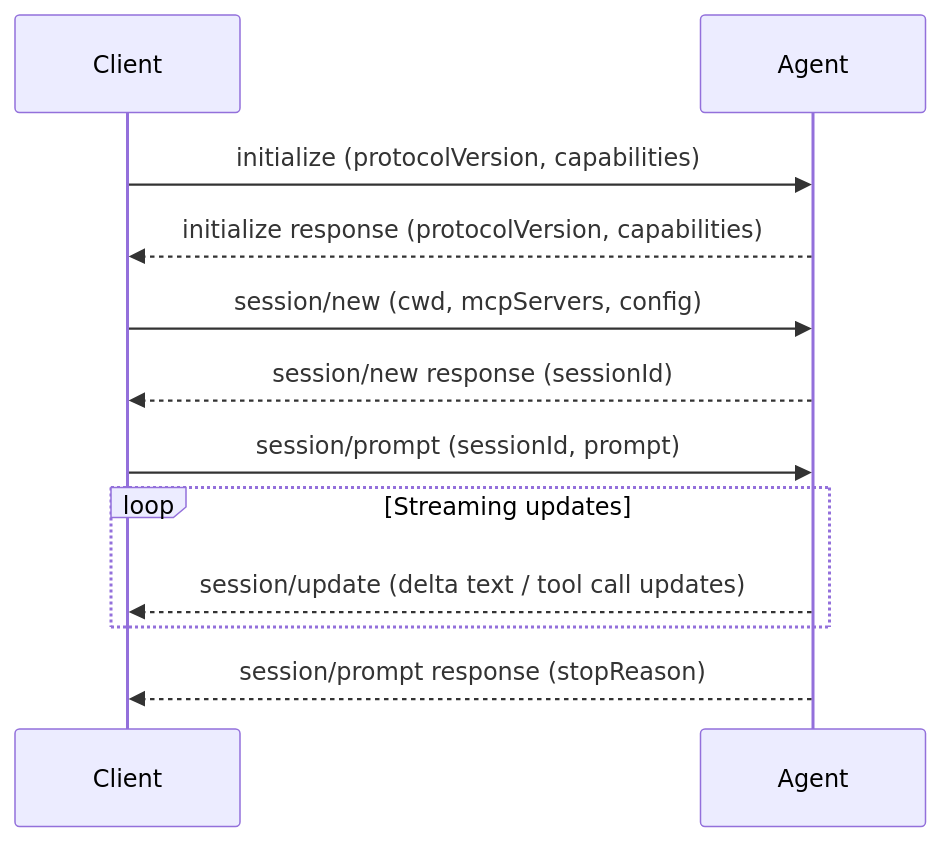
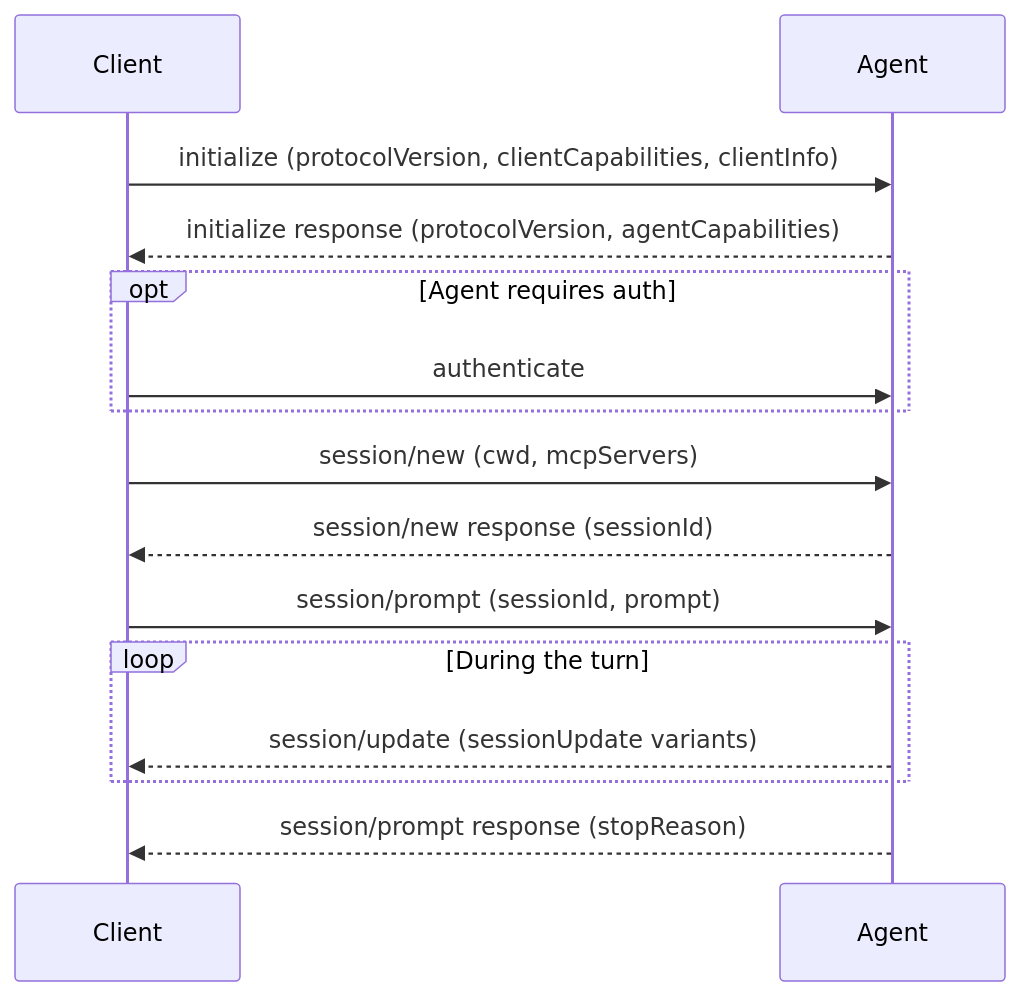
Before and after one commit to MAHDTech/agent-skills: the diagram in dashboard/content/skills/engineering/acp/_index.md, drawn with Mermaid. The commit also changed other lines of this file and 1981 other files, not shown here.

````diff
--- a/dashboard/content/skills/engineering/acp/_index.md
+++ b/dashboard/content/skills/engineering/acp/_index.md
@@ -31,15 +27,18 @@
 ```mermaid
 sequenceDiagram
     participant Client
     participant Agent
 
-    Client->>Agent: initialize (protocolVersion, capabilities)
-    Agent-->>Client: initialize response (protocolVersion, capabilities)
-    Client->>Agent: session/new (cwd, mcpServers, config)
+    Client->>Agent: initialize (protocolVersion, clientCapabilities, clientInfo)
+    Agent-->>Client: initialize response (protocolVersion, agentCapabilities)
+    opt Agent requires auth
+        Client->>Agent: authenticate
+    end
+    Client->>Agent: session/new (cwd, mcpServers)
     Agent-->>Client: session/new response (sessionId)
     Client->>Agent: session/prompt (sessionId, prompt)
-    loop Streaming updates
-        Agent-->>Client: session/update (delta text / tool call updates)
+    loop During the turn
+        Agent-->>Client: session/update (sessionUpdate variants)
     end
     Agent-->>Client: session/prompt response (stopReason)
 ```
````
